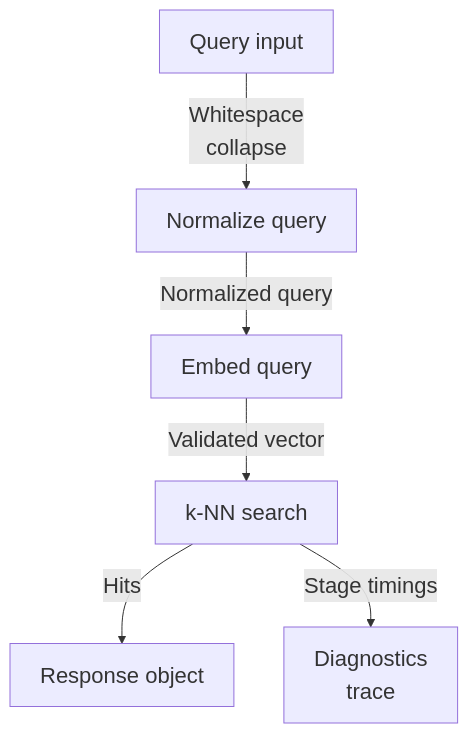
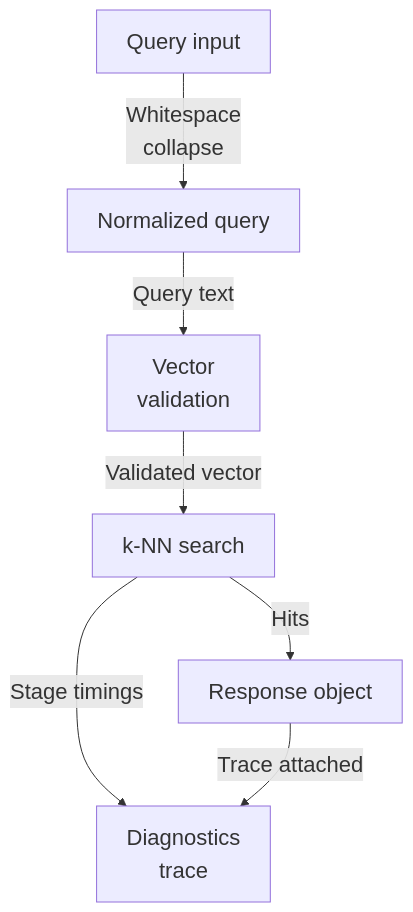
Before and after one commit to Justin-Mendoza/Afterclass: the diagram in maps/retrieval/diagram-02.mmd, drawn with Mermaid. The commit also changed 88 other files, not shown here.

```diff
--- a/maps/retrieval/diagram-02.mmd
+++ b/maps/retrieval/diagram-02.mmd
@@ -1,13 +1,14 @@
 %%{init: {"themeVariables": {"fontSize": "22px"}}}%%
 flowchart TD
   n0["Query input"]
-  n1["Normalize query"]
-  n2["Embed query"]
+  n1["Normalized query"]
+  n2["Vector<br/>validation"]
   n3["k-NN search"]
   n4["Response object"]
   n5["Diagnostics<br/>trace"]
   n0 -->|"Whitespace<br/>collapse"| n1
-  n1 -->|"Normalized query"| n2
+  n1 -->|"Query text"| n2
   n2 -->|"Validated vector"| n3
   n3 -->|"Hits"| n4
   n3 -->|"Stage timings"| n5
+  n4 -->|"Trace attached"| n5
```
